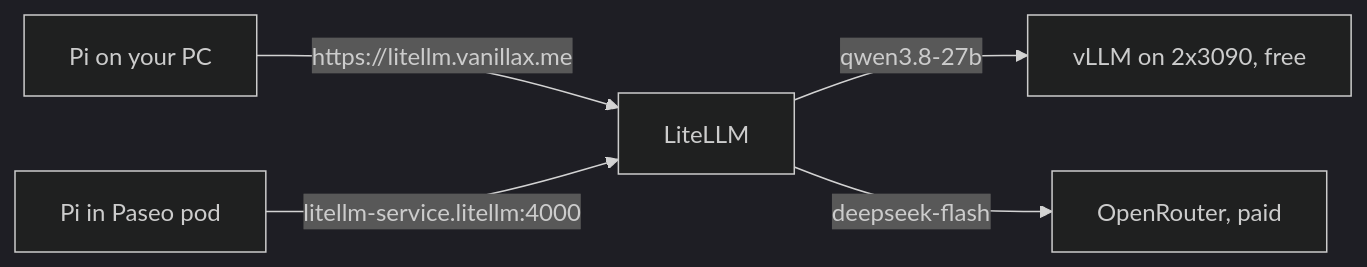
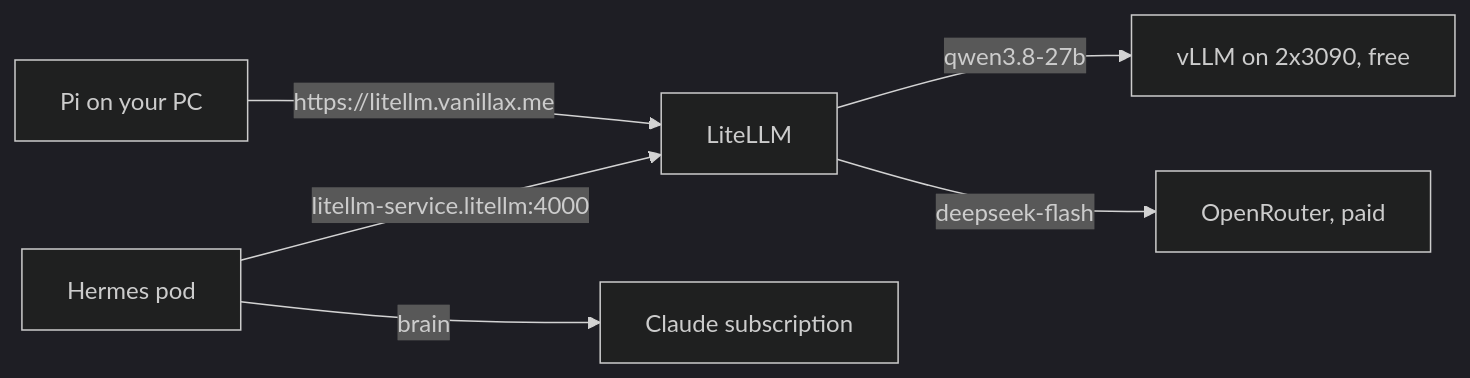
The diagram in docs/domains/ai-gpu/pi-agent-local-dev.md (mitchross/talos-argocd-proxmox), drawn with Mermaid (dark theme) before and after one commit. The commit also changed other lines of this file and 10 other files, not shown here.

````diff
--- a/docs/domains/ai-gpu/pi-agent-local-dev.md
+++ b/docs/domains/ai-gpu/pi-agent-local-dev.md
@@ -14,7 +23,8 @@
 ```mermaid
 flowchart LR
     PC[Pi on your PC] -->|https://litellm.vanillax.me| LiteLLM
-    Paseo[Pi in Paseo pod] -->|litellm-service.litellm:4000| LiteLLM
+    Hermes[Hermes pod] -->|litellm-service.litellm:4000| LiteLLM
+    Hermes -->|brain| Anthropic[Claude subscription]
     LiteLLM -->|qwen3.8-27b| vLLM[vLLM on 2x3090, free]
     LiteLLM -->|deepseek-flash| OR[OpenRouter, paid]
 ```
````
